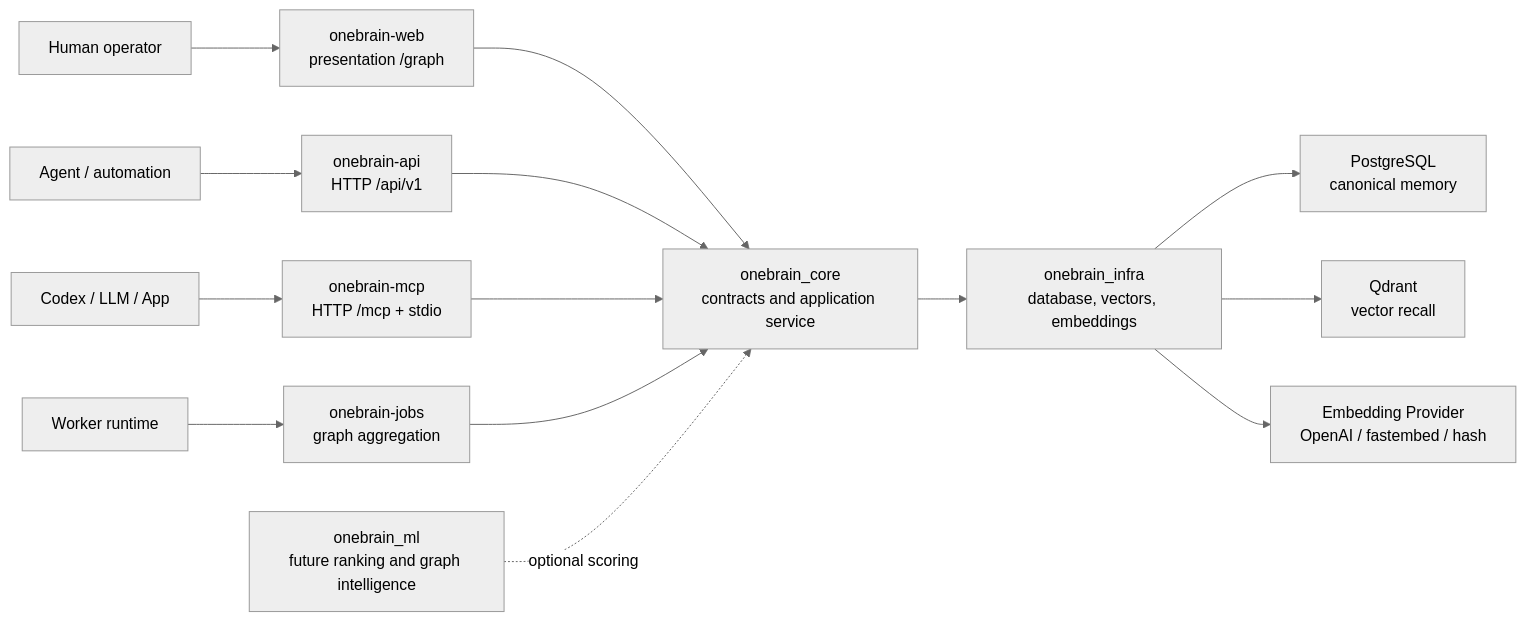
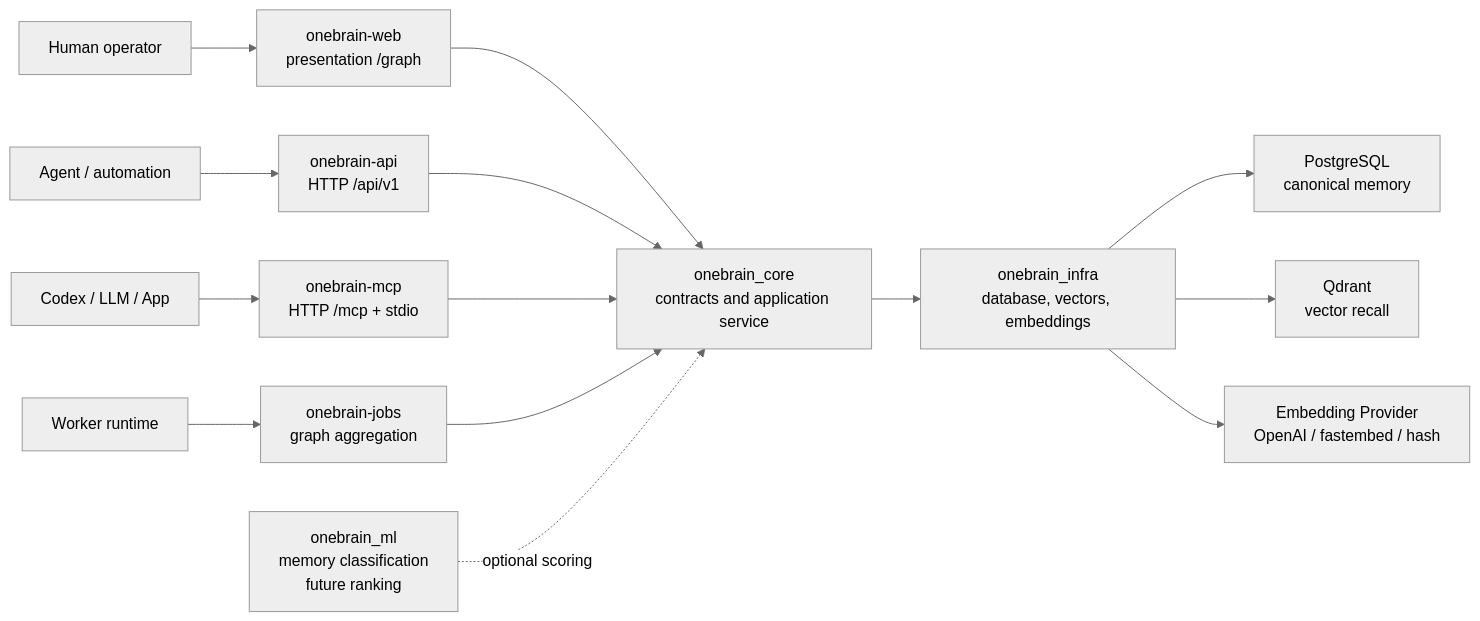
One commit to viamus/one-brain changed the first of 3 diagrams in README.md. Above: the diagram before and after it, drawn with Mermaid (neutral theme). The commit also changed other lines of this file and 27 other files, not shown here.

Commit message:
feat: add memory classification and persistent local stack

````diff
--- a/README.md
+++ b/README.md
@@ -24,16 +25,16 @@
 ```mermaid
 flowchart LR
     Client["Codex / LLM / App"] --> MCP["onebrain-mcp<br/>HTTP /mcp + stdio"]
     Human["Human operator"] --> Web["onebrain-web<br/>presentation /graph"]
     Integrator["Agent / automation"] --> API["onebrain-api<br/>HTTP /api/v1"]
     Scheduler["Worker runtime"] --> Jobs["onebrain-jobs<br/>graph aggregation"]
     Web --> Core["onebrain_core<br/>contracts and application service"]
     API --> Core
     MCP --> Core
     Jobs --> Core
     Core --> Infra["onebrain_infra<br/>database, vectors, embeddings"]
     Infra --> Postgres["PostgreSQL<br/>canonical memory"]
     Infra --> Qdrant["Qdrant<br/>vector recall"]
     Infra --> Embed["Embedding Provider<br/>OpenAI / fastembed / hash"]
-    ML["onebrain_ml<br/>future ranking and graph intelligence"] -. optional scoring .-> Core
+    ML["onebrain_ml<br/>memory classification<br/>future ranking"] -. optional scoring .-> Core
 ```
````
